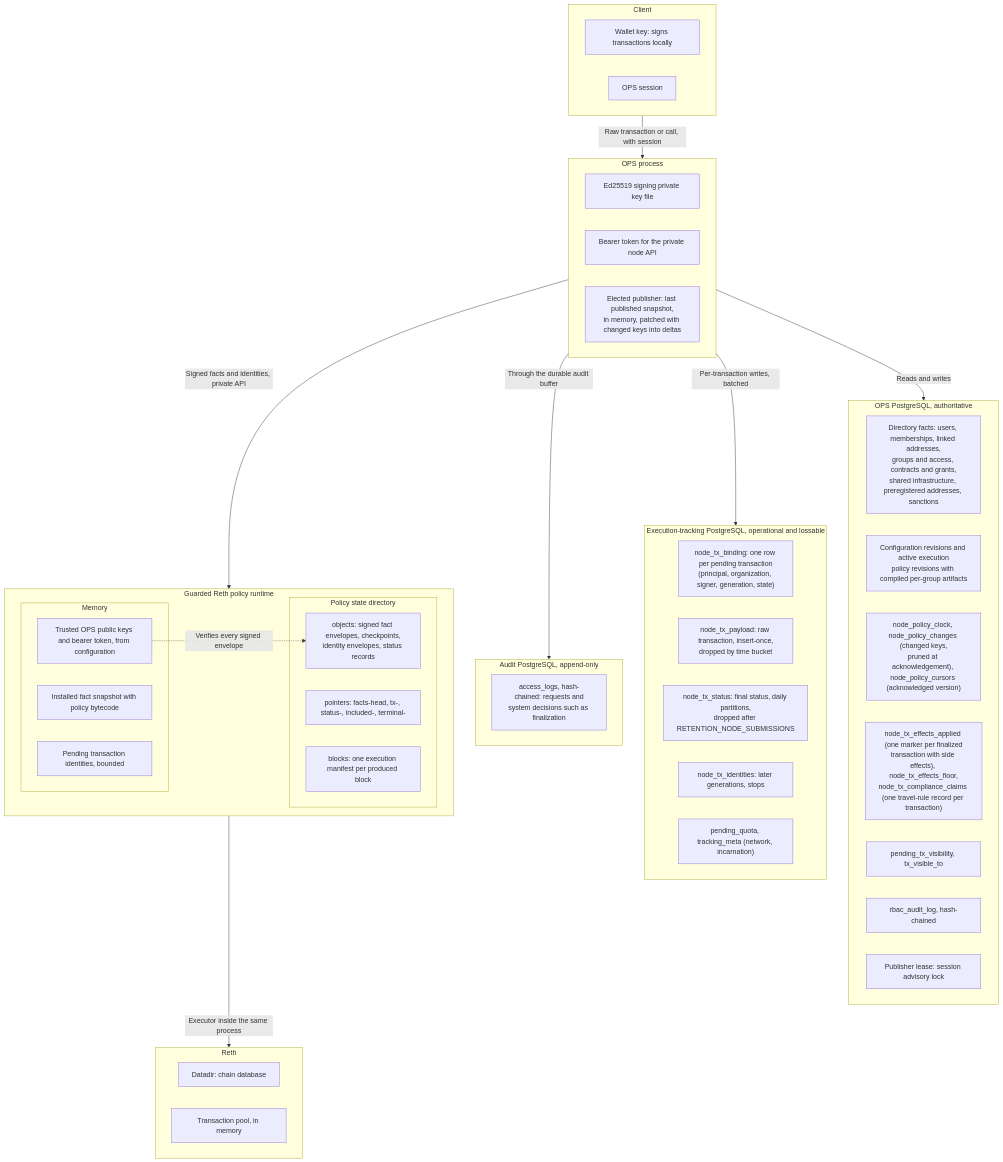
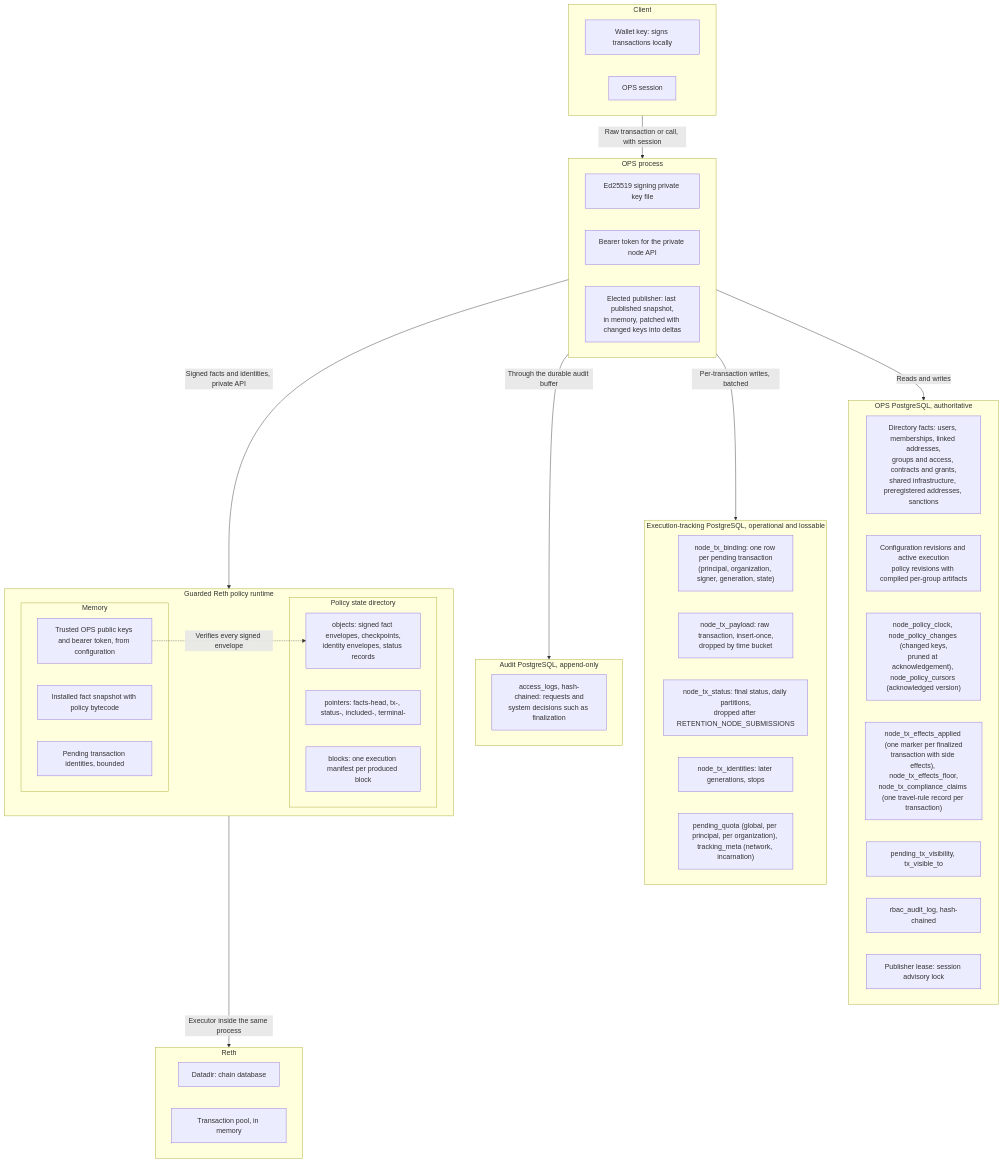
One commit to LFDT-Permissioned-Privacy-Control/permissioned-privacy-control changed the sixth of 7 diagrams in docs/architecture/reth-execution-flow.md. Above: the diagram before and after it, drawn with Mermaid. The commit also changed other lines of this file and 27 other files, not shown here.

````diff
--- a/docs/architecture/reth-execution-flow.md
+++ b/docs/architecture/reth-execution-flow.md
@@ -386,54 +401,54 @@
 ```mermaid
 flowchart TB
     subgraph Client["Client"]
         Wallet["Wallet key: signs transactions locally"]
         Session["OPS session"]
     end
     subgraph OPSProc["OPS process"]
         SignKey["Ed25519 signing private key file"]
         NodeToken["Bearer token for the private node API"]
         LastSnap["Elected publisher: last published snapshot,<br/>in memory, patched with changed keys into deltas"]
     end
     subgraph PG["OPS PostgreSQL, authoritative"]
         Directory["Directory facts: users, memberships, linked addresses,<br/>groups and access, contracts and grants,<br/>shared infrastructure, preregistered addresses, sanctions"]
         Config["Configuration revisions and active execution<br/>policy revisions with compiled per-group artifacts"]
         Feed["node_policy_clock, node_policy_changes (changed keys,<br/>pruned at acknowledgement), node_policy_cursors (acknowledged version)"]
         Effects["node_tx_effects_applied (one marker per finalized<br/>transaction with side effects), node_tx_effects_floor,<br/>node_tx_compliance_claims (one travel-rule record per transaction)"]
         Visibility["pending_tx_visibility, tx_visible_to"]
         Audit["rbac_audit_log, hash-chained"]
         Lease["Publisher lease: session advisory lock"]
     end
     subgraph TDB["Execution-tracking PostgreSQL, operational and lossable"]
         Binding["node_tx_binding: one row per pending transaction<br/>(principal, organization, signer, generation, state)"]
         Payload["node_tx_payload: raw transaction, insert-once,<br/>dropped by time bucket"]
         Status["node_tx_status: final status, daily partitions,<br/>dropped after RETENTION_NODE_SUBMISSIONS"]
         History["node_tx_identities: later generations, stops"]
-        Quota["pending_quota, tracking_meta (network, incarnation)"]
+        Quota["pending_quota (global, per principal, per organization), tracking_meta (network, incarnation)"]
     end
     subgraph AuditDB["Audit PostgreSQL, append-only"]
         AccessLogs["access_logs, hash-chained: requests and<br/>system decisions such as finalization"]
     end
     subgraph Runtime["Guarded Reth policy runtime"]
         subgraph Memory["Memory"]
             Facts["Installed fact snapshot with policy bytecode"]
             Pending["Pending transaction identities, bounded"]
             Trust["Trusted OPS public keys and bearer token, from configuration"]
         end
         subgraph StateDir["Policy state directory"]
             Objects["objects: signed fact envelopes, checkpoints,<br/>identity envelopes, status records"]
             Pointers["pointers: facts-head, tx-, status-, included-, terminal-"]
             Blocks["blocks: one execution manifest per produced block"]
         end
     end
     subgraph Reth["Reth"]
         Chain["Datadir: chain database"]
         Pool["Transaction pool, in memory"]
     end
     Client -->|"Raw transaction or call, with session"| OPSProc
     OPSProc -->|"Reads and writes"| PG
     OPSProc -->|"Per-transaction writes, batched"| TDB
     OPSProc -->|"Through the durable audit buffer"| AuditDB
     OPSProc -->|"Signed facts and identities, private API"| Runtime
     Trust -.->|"Verifies every signed envelope"| Objects
     Runtime -->|"Executor inside the same process"| Reth
 ```
````
